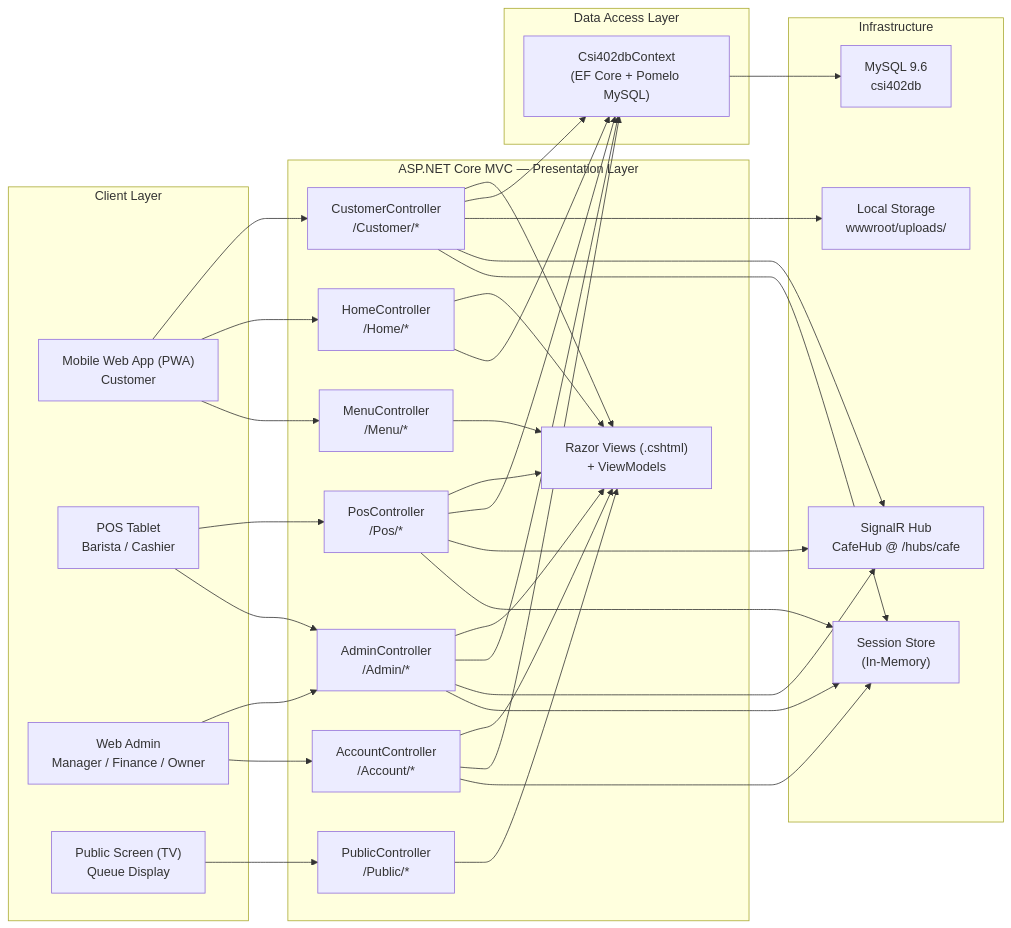
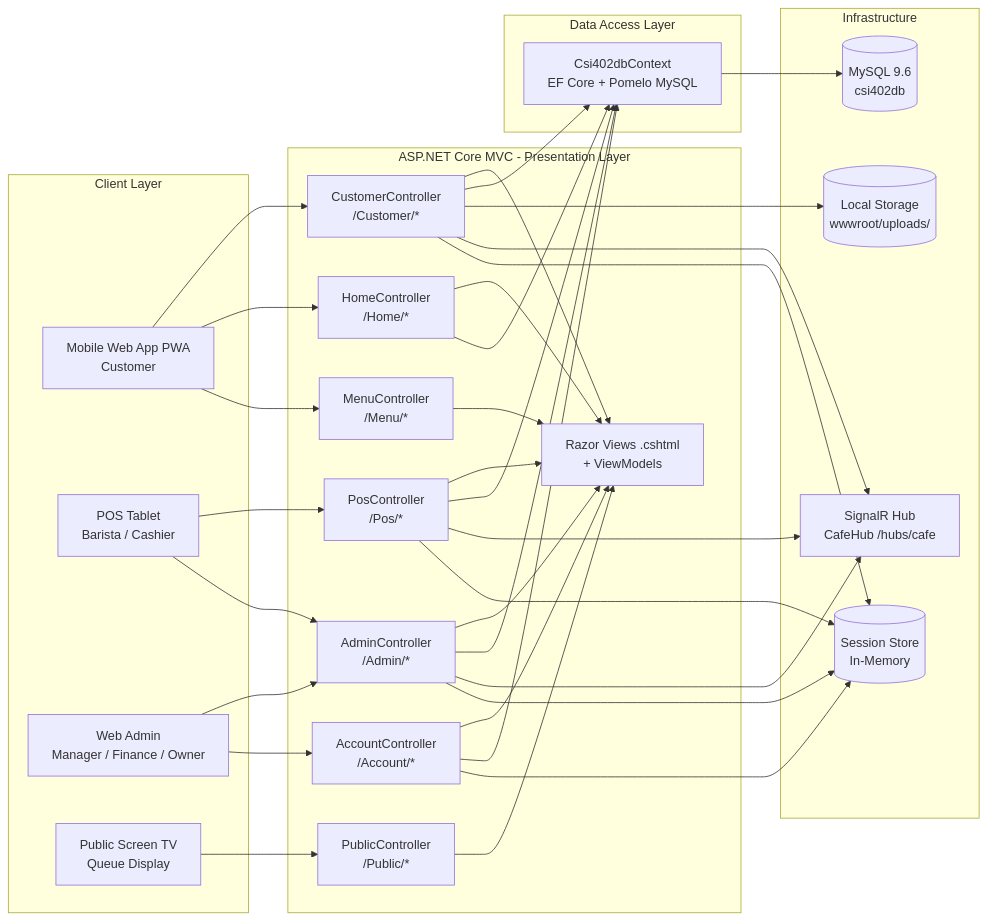
One commit to InkSpuDek66/smart-cafe-management changed the first of 8 diagrams in README.md. Above: the diagram before and after it, drawn with Mermaid. The commit also changed other lines of this file, not shown here.

First line of the commit message:
Fix Mermaid diagram syntax and correct demo login credentials

````diff
--- a/README.md
+++ b/README.md
@@ -946,61 +946,61 @@
 ```mermaid
-graph LR
-    subgraph "Client Layer"
-        A["Mobile Web App (PWA)\nCustomer"]
-        B["POS Tablet\nBarista / Cashier"]
-        C["Web Admin\nManager / Finance / Owner"]
-        D["Public Screen (TV)\nQueue Display"]
+flowchart LR
+    subgraph CL["Client Layer"]
+        A["Mobile Web App PWA<br/>Customer"]
+        B["POS Tablet<br/>Barista / Cashier"]
+        C["Web Admin<br/>Manager / Finance / Owner"]
+        D["Public Screen TV<br/>Queue Display"]
     end
 
-    subgraph "ASP.NET Core MVC — Presentation Layer"
-        E1["CustomerController\n/Customer/*"]
-        E2["PosController\n/Pos/*"]
-        E3["AdminController\n/Admin/*"]
-        E4["AccountController\n/Account/*"]
-        E5["HomeController\n/Home/*"]
-        E6["PublicController\n/Public/*"]
-        E7["MenuController\n/Menu/*"]
-        F["Razor Views (.cshtml)\n+ ViewModels"]
+    subgraph PL["ASP.NET Core MVC - Presentation Layer"]
+        E1["CustomerController<br/>/Customer/*"]
+        E2["PosController<br/>/Pos/*"]
+        E3["AdminController<br/>/Admin/*"]
+        E4["AccountController<br/>/Account/*"]
+        E5["HomeController<br/>/Home/*"]
+        E6["PublicController<br/>/Public/*"]
+        E7["MenuController<br/>/Menu/*"]
+        F["Razor Views .cshtml<br/>+ ViewModels"]
     end
 
-    subgraph "Data Access Layer"
-        G["Csi402dbContext\n(EF Core + Pomelo MySQL)"]
+    subgraph DAL["Data Access Layer"]
+        G["Csi402dbContext<br/>EF Core + Pomelo MySQL"]
     end
 
-    subgraph "Infrastructure"
-        H["MySQL 9.6\ncsi402db"]
-        I["Local Storage\nwwwroot/uploads/"]
-        J["SignalR Hub\nCafeHub @ /hubs/cafe"]
-        K["Session Store\n(In-Memory)"]
+    subgraph INF["Infrastructure"]
+        H[("MySQL 9.6<br/>csi402db")]
+        I[("Local Storage<br/>wwwroot/uploads/")]
+        J["SignalR Hub<br/>CafeHub /hubs/cafe"]
+        K[("Session Store<br/>In-Memory")]
     end
 
     A --> E1
     A --> E5
     A --> E7
     B --> E2
     B --> E3
     C --> E3
     C --> E4
     D --> E6
     E1 --> F
     E2 --> F
     E3 --> F
     E4 --> F
     E5 --> F
     E6 --> F
     E7 --> F
     E1 --> G
     E2 --> G
     E3 --> G
     E4 --> G
     E5 --> G
     E1 --> I
     E1 --> J
     E2 --> J
     E3 --> J
     G --> H
     E1 --> K
     E2 --> K
     E3 --> K
     E4 --> K
 ```
````
